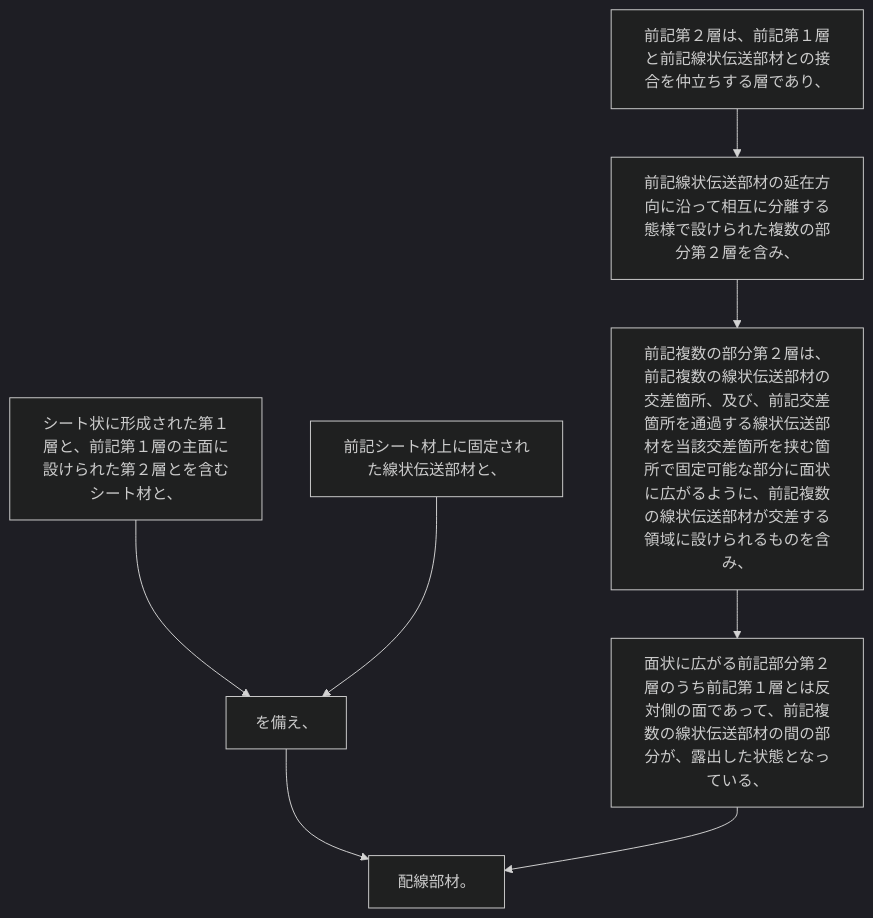
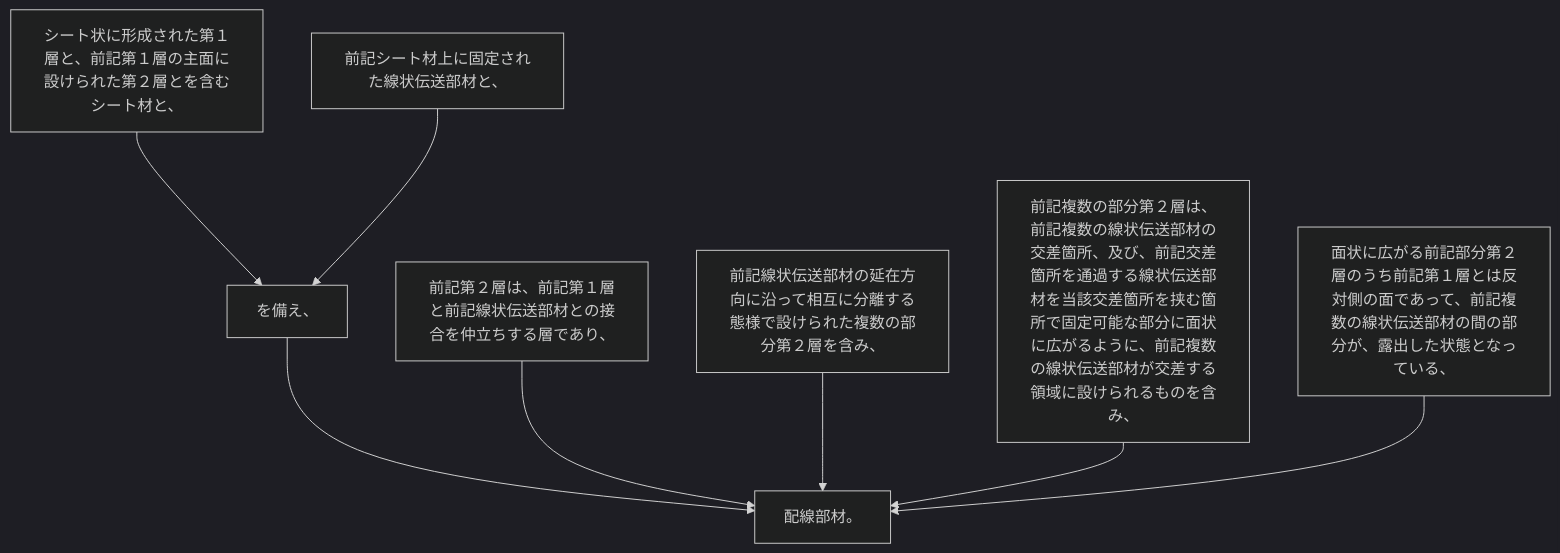
Before and after one commit to shinmori55/patent_analyzed: the diagram in 2024/JP2024001238A/claim_4/README.md, drawn with Mermaid (dark theme). The commit also changed 336 other files, not shown here.

````diff
--- a/2024/JP2024001238A/claim_4/README.md
+++ b/2024/JP2024001238A/claim_4/README.md
@@ -7,18 +7,18 @@
 ```mermaid
 flowchart TD
 A[シート状に形成された第１層と、前記第１層の主面に設けられた第２層とを含むシート材と、]
 B[前記シート材上に固定された線状伝送部材と、]
 C[を備え、]
 D[前記第２層は、前記第１層と前記線状伝送部材との接合を仲立ちする層であり、]
 E[前記線状伝送部材の延在方向に沿って相互に分離する態様で設けられた複数の部分第２層を含み、]
 F[前記複数の部分第２層は、前記複数の線状伝送部材の交差箇所、及び、前記交差箇所を通過する線状伝送部材を当該交差箇所を挟む箇所で固定可能な部分に面状に広がるように、前記複数の線状伝送部材が交差する領域に設けられるものを含み、]
 G[面状に広がる前記部分第２層のうち前記第１層とは反対側の面であって、前記複数の線状伝送部材の間の部分が、露出した状態となっている、]
 H[配線部材。]
 A --> C
 B --> C
 C --> H
-D --> E
-E --> F
-F --> G
+D --> H
+E --> H
+F --> H
 G --> H
 ```
````
